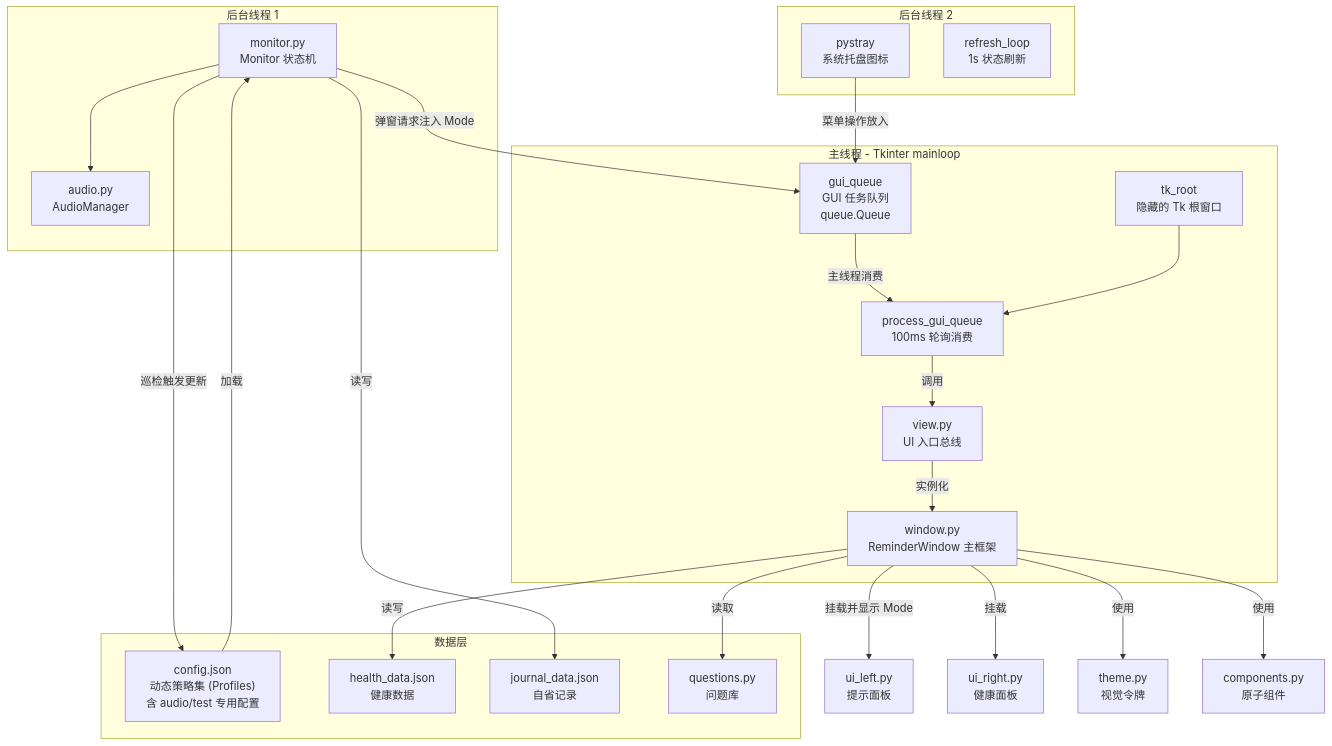
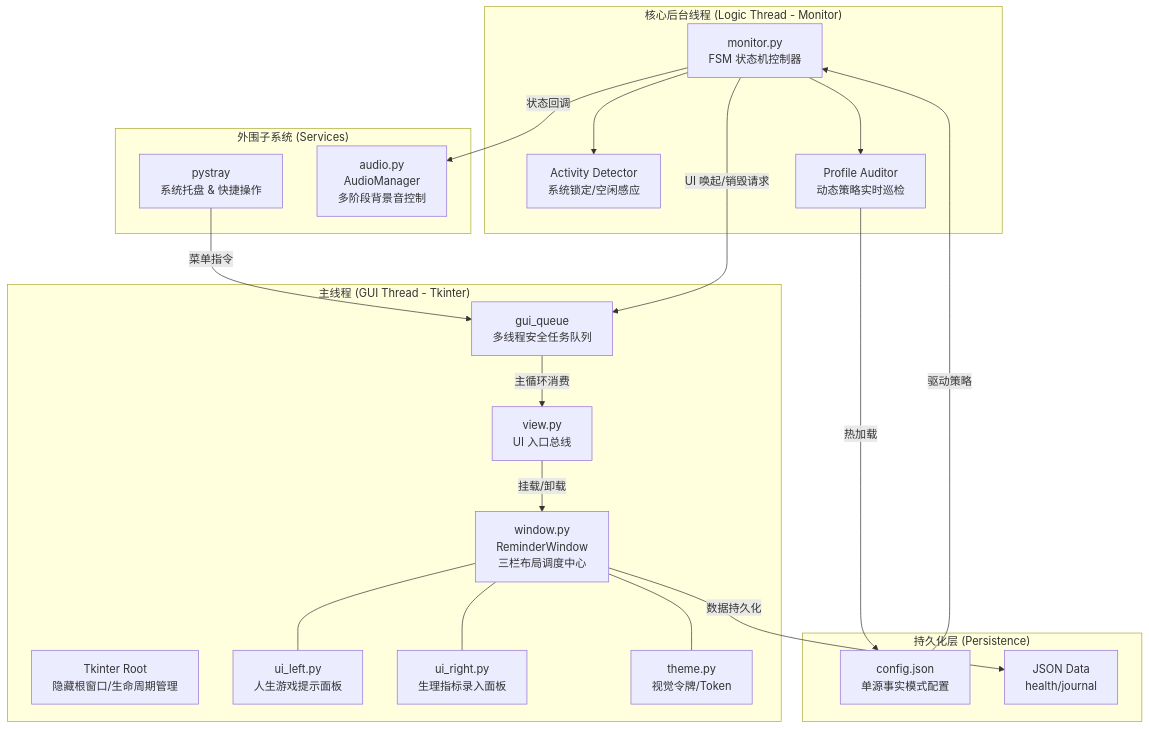
One commit to YellowDragonLive/work_health changed the first of 2 diagrams in ARCHITECTURE.md. Above: the diagram before and after it, drawn with Mermaid. The commit also changed other lines of this file and 4 other files, not shown here.

````diff
--- a/ARCHITECTURE.md
+++ b/ARCHITECTURE.md
@@ -26,44 +26,45 @@
 ```mermaid
 graph TB
-    subgraph "主线程 - Tkinter mainloop"
-        TK_ROOT["tk_root<br>隐藏的 Tk 根窗口"]
-        GUI_QUEUE["gui_queue<br>GUI 任务队列<br>queue.Queue"]
-        PROCESS_LOOP["process_gui_queue<br>100ms 轮询消费"]
-        VIEW["view.py<br>UI 入口总线"]
-        WINDOW["window.py<br>ReminderWindow 主框架"]
+    subgraph "主线程 (GUI Thread - Tkinter)"
+        TK_ROOT["Tkinter Root<br/>隐藏根窗口/生命周期管理"]
+        GUI_QUEUE["gui_queue<br/>多线程安全任务队列"]
+        VIEW["view.py<br/>UI 入口总线"]
+        WINDOW["window.py<br/>ReminderWindow<br/>三栏布局调度中心"]
+        UI_L["ui_left.py<br/>人生游戏提示面板"]
+        UI_R["ui_right.py<br/>生理指标录入面板"]
+        THEME["theme.py<br/>视觉令牌/Token"]
+        
+        WINDOW --- UI_L
+        WINDOW --- UI_R
+        WINDOW --- THEME
     end
     
-    subgraph "后台线程 1"
-        MONITOR["monitor.py<br>Monitor 状态机"]
-        AUDIO["audio.py<br>AudioManager"]
+    subgraph "核心后台线程 (Logic Thread - Monitor)"
+        MONITOR["monitor.py<br/>FSM 状态机控制器"]
+        DETECTOR["Activity Detector<br/>系统锁定/空闲感应"]
+        AUDITOR["Profile Auditor<br/>动态策略实时巡检"]
+        
+        MONITOR --> DETECTOR
+        MONITOR --> AUDITOR
     end
     
-    subgraph "后台线程 2"
-        TRAY["pystray<br>系统托盘图标"]
-        REFRESH["refresh_loop<br>1s 状态刷新"]
+    subgraph "外围子系统 (Services)"
+        TRAY["pystray<br/>系统托盘 & 快捷操作"]
+        AUDIO["audio.py<br/>AudioManager<br/>多阶段背景音控制"]
     end
     
-    subgraph "数据层"
-        CONFIG["config.json<br>动态策略集 (Profiles)<br>含 audio/test 专用配置"]
-        HEALTH["health_data.json<br>健康数据"]
-        JOURNAL["journal_data.json<br>自省记录"]
-        QUESTIONS["questions.py<br>问题库"]
+    subgraph "持久化层 (Persistence)"
+        CONFIG["config.json<br/>单源事实模式配置"]
+        STORAGE["JSON Data<br/>health/journal"]
     end
 
-    TRAY -->|菜单操作放入| GUI_QUEUE
-    MONITOR -->|巡检触发更新| CONFIG
-    MONITOR -->|弹窗请求注入 Mode| GUI_QUEUE
-    GUI_QUEUE -->|主线程消费| PROCESS_LOOP
-    PROCESS_LOOP -->|调用| VIEW
-    VIEW -->|实例化| WINDOW
-    WINDOW -->|挂载并显示 Mode| UI_LEFT["ui_left.py<br>提示面板"]
-    WINDOW -->|挂载| UI_RIGHT["ui_right.py<br>健康面板"]
-    WINDOW -->|使用| THEME["theme.py<br>视觉令牌"]
-    WINDOW -->|使用| COMPONENTS["components.py<br>原子组件"]
-    MONITOR --> AUDIO
-    MONITOR -->|读写| JOURNAL
-    WINDOW -->|读写| HEALTH
-    WINDOW -->|读取| QUESTIONS
-    CONFIG -->|加载| MONITOR
-    TK_ROOT --> PROCESS_LOOP
+    %% 交互链路
+    TRAY -- "菜单指令" --> GUI_QUEUE
+    MONITOR -- "UI 唤起/销毁请求" --> GUI_QUEUE
+    GUI_QUEUE -- "主循环消费" --> VIEW
+    VIEW -- "挂载/卸载" --> WINDOW
+    MONITOR -- "状态回调" --> AUDIO
+    WINDOW -- "数据持久化" --> STORAGE
+    AUDITOR -- "热加载" --> CONFIG
+    CONFIG -- "驱动策略" --> MONITOR
 ```
````
